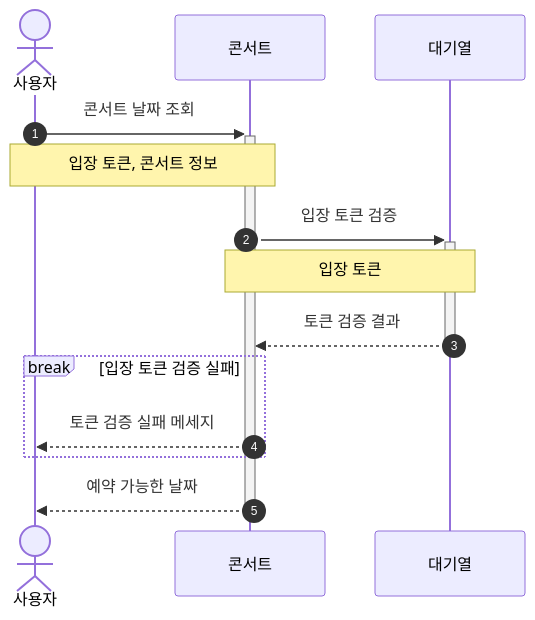
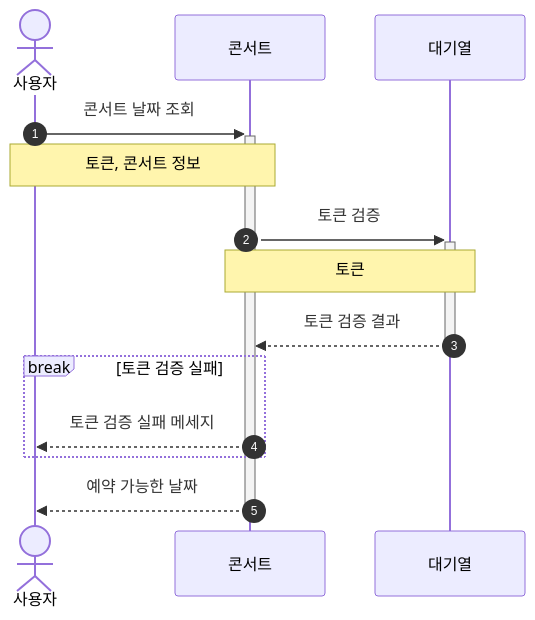
Before and after one commit to YoungWonBackendStudy/HHPlus-Concert-Reservation: the third of 13 diagrams in README.md, drawn with Mermaid. The commit also changed other lines of this file, not shown here.

````diff
--- a/README.md
+++ b/README.md
@@ -36,16 +34,16 @@
 ```mermaid
 sequenceDiagram
     autonumber
     actor 사용자
     사용자 ->>+ 콘서트: 콘서트 날짜 조회
-    Note over 사용자, 콘서트: 입장 토큰, 콘서트 정보
+    Note over 사용자, 콘서트: 토큰, 콘서트 정보
 
-    콘서트 ->>+ 대기열: 입장 토큰 검증
-    Note over 콘서트, 대기열: 입장 토큰
+    콘서트 ->>+ 대기열: 토큰 검증
+    Note over 콘서트, 대기열: 토큰
     대기열 -->>- 콘서트: 토큰 검증 결과
-    break 입장 토큰 검증 실패
+    break 토큰 검증 실패
         콘서트 -->> 사용자: 토큰 검증 실패 메세지
     end
 
     콘서트 -->>- 사용자: 예약 가능한 날짜
 ```
````
